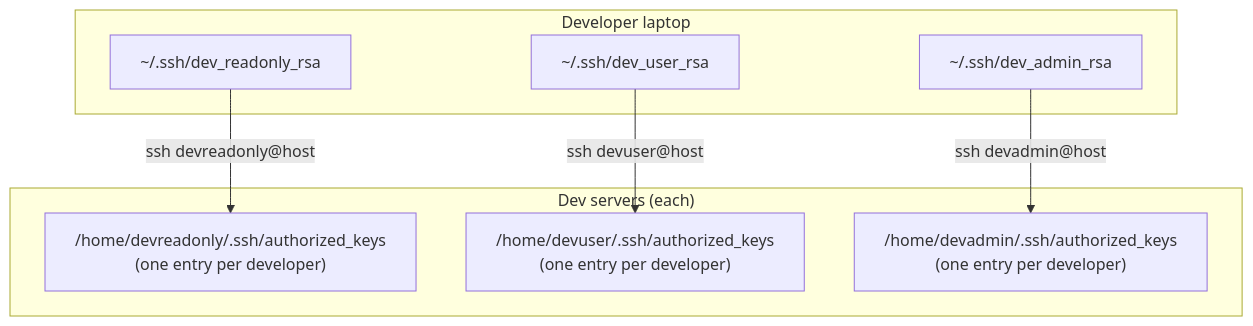
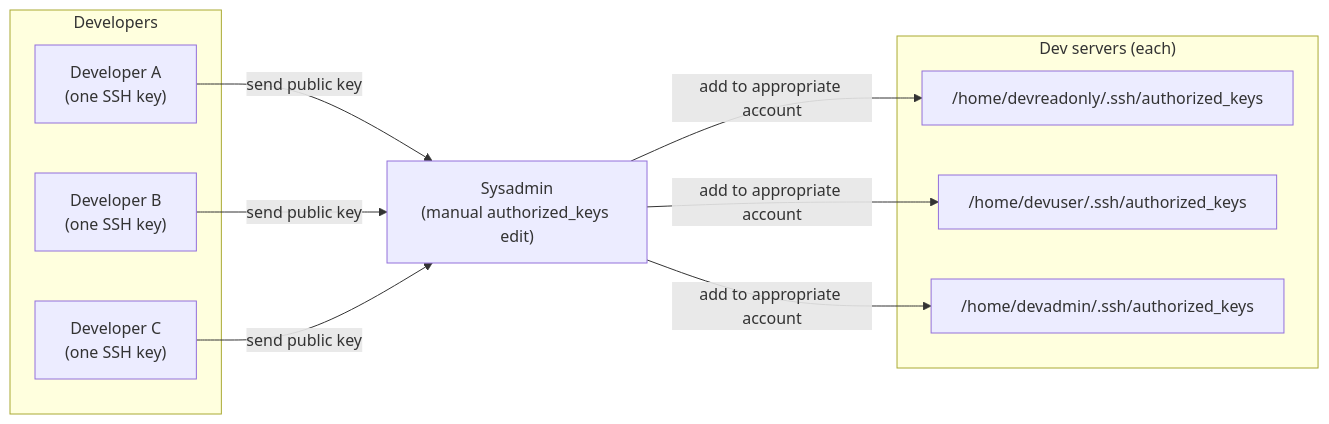
Before and after one commit to r-t-chan/devops-engineering-portfolio: the first of 2 diagrams in projects/opkssh-dev-access/README.md, drawn with Mermaid. The commit also changed other lines of this file, not shown here.

Commit message:
Fix OPKSSH case study: correct before-state to single key per developer with sysadmin managing authorized_keys

````diff
--- a/projects/opkssh-dev-access/README.md
+++ b/projects/opkssh-dev-access/README.md
@@ -28,18 +28,23 @@
 ```mermaid
-flowchart TD
-    subgraph dev["Developer laptop"]
-        k1["~/.ssh/dev_readonly_rsa"]
-        k2["~/.ssh/dev_user_rsa"]
-        k3["~/.ssh/dev_admin_rsa"]
+flowchart LR
+    subgraph devs["Developers"]
+        d1["Developer A\n(one SSH key)"]
+        d2["Developer B\n(one SSH key)"]
+        d3["Developer C\n(one SSH key)"]
     end
 
+    sa["Sysadmin\n(manual authorized_keys edit)"]
+
     subgraph servers["Dev servers (each)"]
-        akr["/home/devreadonly/.ssh/authorized_keys\n(one entry per developer)"]
-        aku["/home/devuser/.ssh/authorized_keys\n(one entry per developer)"]
-        aka["/home/devadmin/.ssh/authorized_keys\n(one entry per developer)"]
+        akr["/home/devreadonly/.ssh/authorized_keys"]
+        aku["/home/devuser/.ssh/authorized_keys"]
+        aka["/home/devadmin/.ssh/authorized_keys"]
     end
 
-    k1 -- "ssh devreadonly@host" --> akr
-    k2 -- "ssh devuser@host" --> aku
-    k3 -- "ssh devadmin@host" --> aka
+    d1 -- "send public key" --> sa
+    d2 -- "send public key" --> sa
+    d3 -- "send public key" --> sa
+    sa -- "add to appropriate account" --> akr
+    sa -- "add to appropriate account" --> aku
+    sa -- "add to appropriate account" --> aka
 ```
````
